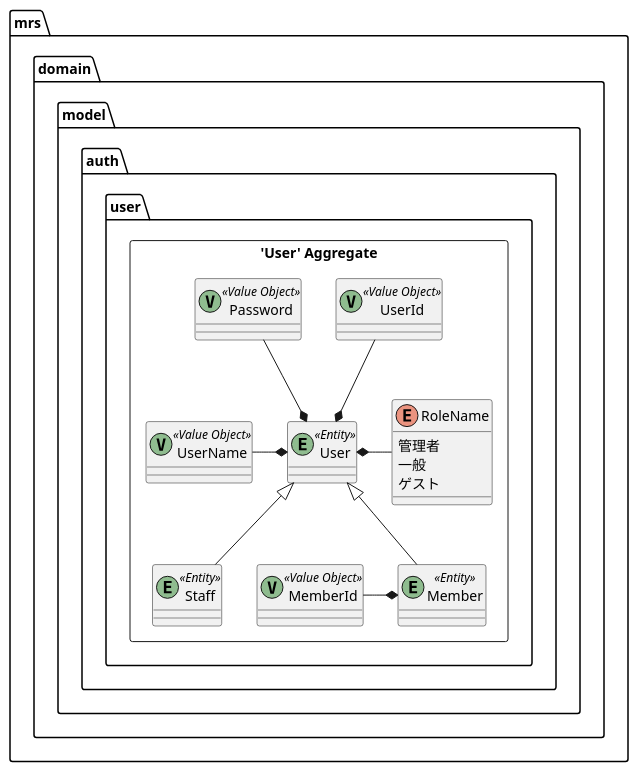
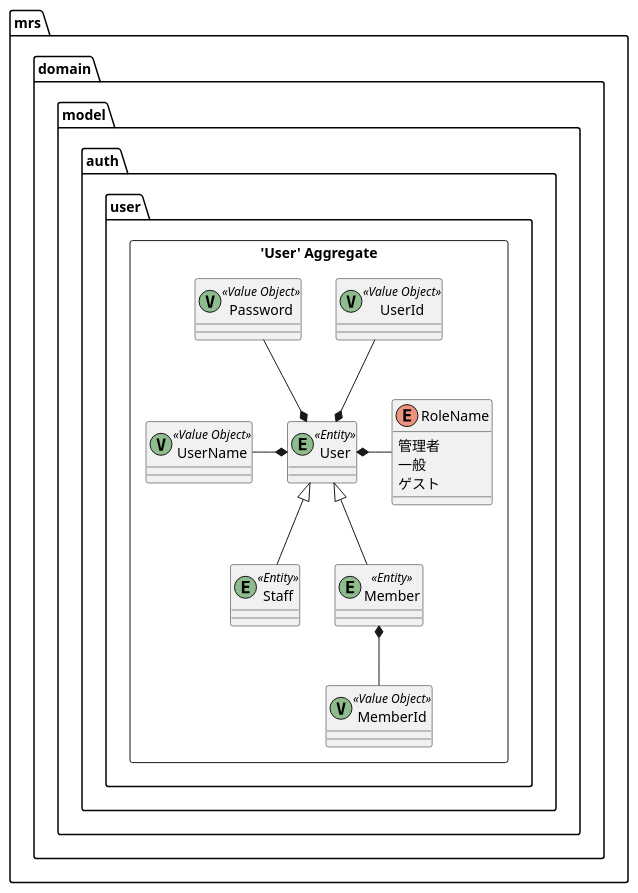
One commit to k2works/case-study-mrs changed diagram 26 of 31 in docs/index.adoc. Above: the diagram before and after it, drawn with PlantUML. The commit also changed other lines of this file, not shown here.

```diff
--- a/docs/index.adoc
+++ b/docs/index.adoc
@@ -827,36 +827,36 @@
 [plantuml]
 ----
 skinparam componentStyle uml2
 
 package mrs.domain.model.auth.user {
 	package "'User' Aggregate" <<Rectangle>> {
 		class User <<(E,DarkSeaGreen) Entity>> {
 		}
 		class UserId <<(V,DarkSeaGreen) Value Object>> {
 		}
 		class UserName <<(V,DarkSeaGreen) Value Object>> {
 		}
 		class Password <<(V,DarkSeaGreen) Value Object>> {
 		}
 		enum RoleName {
 			管理者
 			一般
             ゲスト
 		}
 		class Staff <<(E,DarkSeaGreen) Entity>> {
 		}
 		class Member <<(E,DarkSeaGreen) Entity>> {
 		}
 		class MemberId <<(V,DarkSeaGreen) Value Object>> {
 		}
 
         User <|-- Staff
         User <|-- Member
         UserId --* User
         Password --* User
         UserName -* User
         User *- RoleName
-        MemberId -* Member
+        Member *-- MemberId
 	}
 }
 ----
```
